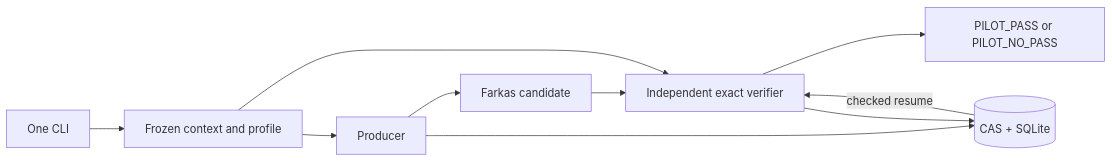
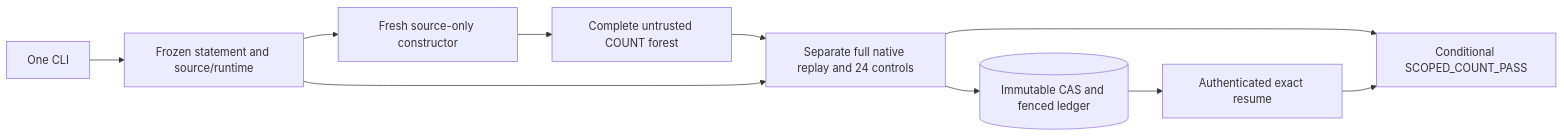
One commit to rodziewiczk/berry-esseen-end2end changed the diagram in README.md. Above: the diagram before and after it, drawn with Mermaid. The commit also changed other lines of this file and 65 other files, not shown here.

Commit message:
Mirror audited fresh COUNT runner and scoped evidence

````diff
--- a/README.md
+++ b/README.md
@@ -11,12 +12,12 @@
 ```mermaid
 flowchart LR
-  CLI[One CLI] --> F[Frozen context and profile]
-  F --> P[Producer]
-  P --> C[Farkas candidate]
-  C --> V[Independent exact verifier]
+  CLI[One CLI] --> F[Frozen statement and source/runtime]
+  F --> P[Fresh source-only constructor]
+  P --> C[Complete untrusted COUNT forest]
+  C --> V[Separate full native replay and 24 controls]
   F --> V
-  V --> R[PILOT_PASS or PILOT_NO_PASS]
-  S[(CAS + SQLite)] -->|checked resume| V
-  P --> S
-  V --> S
+  V --> R[Conditional SCOPED_COUNT_PASS]
+  V --> S[(Immutable CAS and fenced ledger)]
+  S --> A[Authenticated exact resume]
+  A --> R
 ```
````
